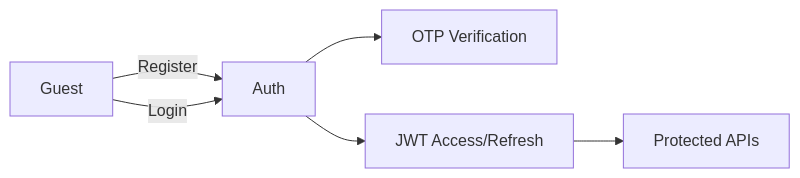
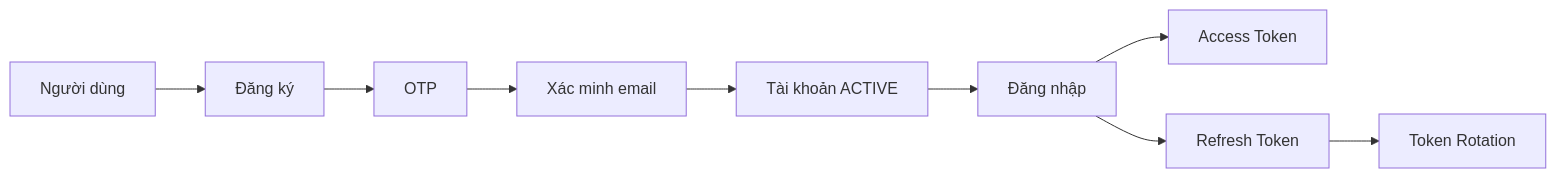
The diagram in 01-identity-access/diagram.mmd (diemly26/volunteerPj_docs), drawn with Mermaid before and after one commit. The commit also changed 26 other files, not shown here.

```diff
--- a/01-identity-access/diagram.mmd
+++ b/01-identity-access/diagram.mmd
@@ -1,6 +1,9 @@
 flowchart LR
-  Guest -->|Register| Auth
-  Guest -->|Login| Auth
-  Auth --> OTP[OTP Verification]
-  Auth --> Tokens[JWT Access/Refresh]
-  Tokens --> API[Protected APIs]
+  User[Người dùng] --> Register[Đăng ký]
+  Register --> OTP[OTP]
+  OTP --> Verify[Xác minh email]
+  Verify --> Active[Tài khoản ACTIVE]
+  Active --> Login[Đăng nhập]
+  Login --> Access[Access Token]
+  Login --> Refresh[Refresh Token]
+  Refresh --> Rotate[Token Rotation]
```
